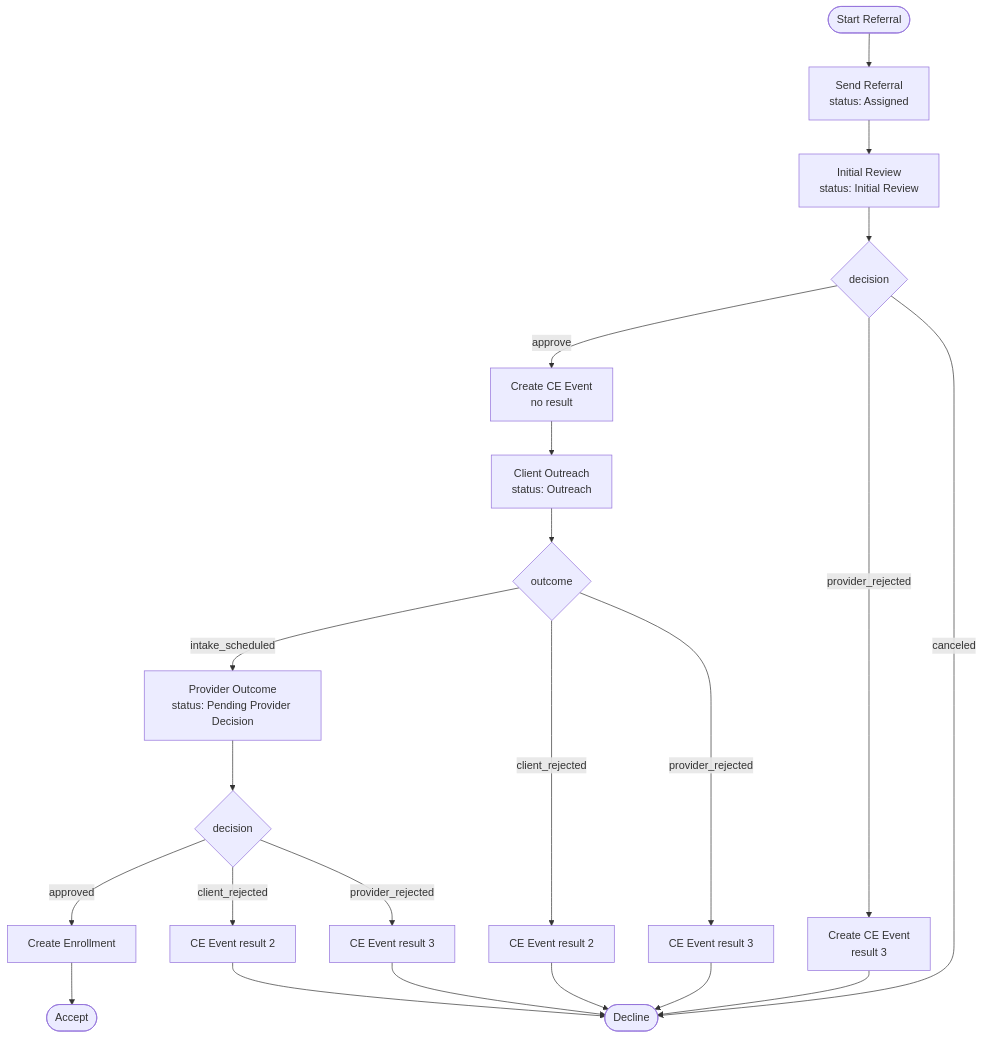
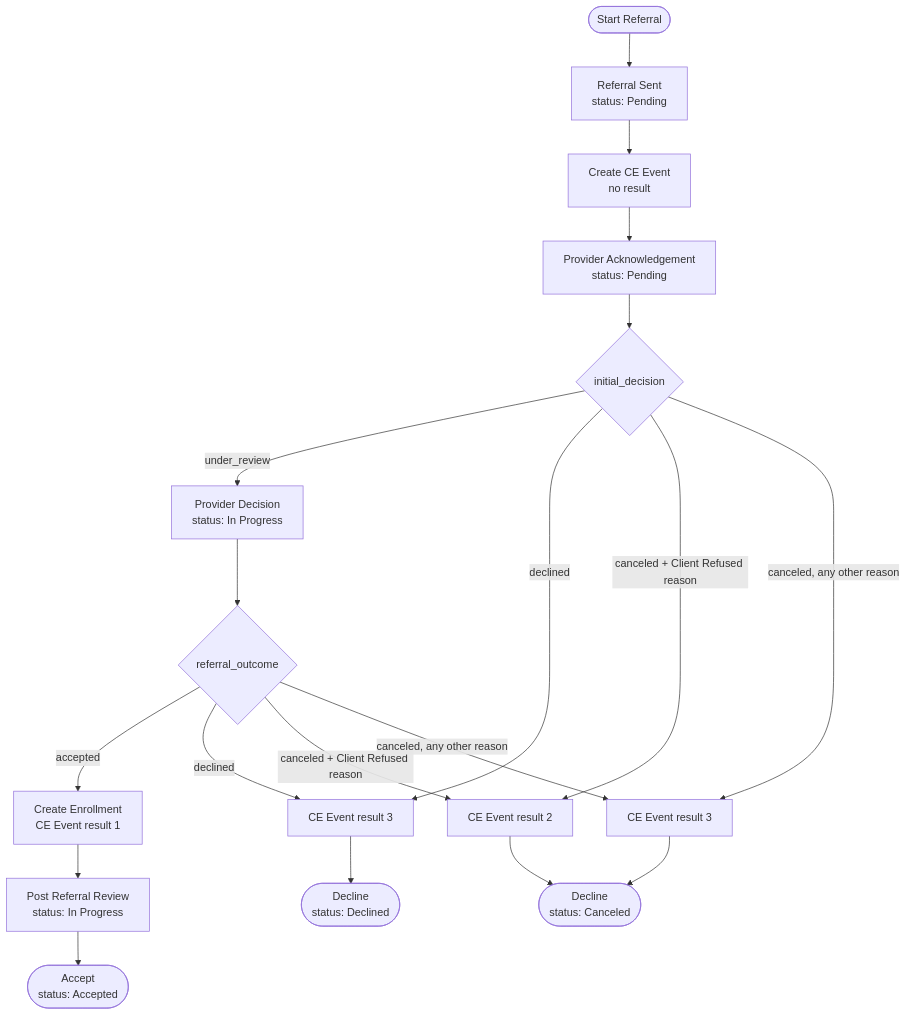
The diagram in drivers/hmis/lib/ce_workflows/az/README_FOR_AZ_CE_WORKFLOWS.md (greenriver/hmis-warehouse), drawn with Mermaid before and after one commit. The commit also changed other lines of this file and 10 other files, not shown here.

````diff
--- a/drivers/hmis/lib/ce_workflows/az/README_FOR_AZ_CE_WORKFLOWS.md
+++ b/drivers/hmis/lib/ce_workflows/az/README_FOR_AZ_CE_WORKFLOWS.md
@@ -36,24 +45,21 @@
 ```mermaid
 flowchart TD
-  start(["Start Referral"]) --> send["Send Referral\nstatus: Assigned"]
-  send --> review["Initial Review\nstatus: Initial Review"]
-  review --> gw2{"decision"}
-  gw2 -->|"approve"| createEvt["Create CE Event\nno result"]
-  gw2 -->|"provider_rejected"| createEvtDenied["Create CE Event\nresult 3"]
-  gw2 -->|"canceled"| decline(["Decline"])
-  createEvtDenied --> decline
-  createEvt --> outreach["Client Outreach\nstatus: Outreach"]
-  outreach --> gw3{"outcome"}
-  gw3 -->|"intake_scheduled"| providerOut["Provider Outcome\nstatus: Pending Provider Decision"]
-  gw3 -->|"client_rejected"| setRes2["CE Event result 2"]
-  gw3 -->|"provider_rejected"| setRes3["CE Event result 3"]
-  setRes2 --> decline
-  setRes3 --> decline
-  providerOut --> gw4{"decision"}
-  gw4 -->|"approved"| enroll["Create Enrollment"]
-  gw4 -->|"client_rejected"| setRes2b["CE Event result 2"]
-  gw4 -->|"provider_rejected"| setRes3b["CE Event result 3"]
-  enroll --> accept(["Accept"])
-  setRes2b --> decline
-  setRes3b --> decline
+  start(["Start Referral"]) --> send["Referral Sent<br/>status: Pending"]
+  send --> createEvt["Create CE Event<br/>no result"]
+  createEvt --> ack["Provider Acknowledgement<br/>status: Pending"]
+  ack --> gwAck{"initial_decision"}
+  gwAck -->|"under_review"| decision["Provider Decision<br/>status: In Progress"]
+  gwAck -->|"declined"| setRes3["CE Event result 3"]
+  gwAck -->|"canceled + Client Refused reason"| setRes2["CE Event result 2"]
+  gwAck -->|"canceled, any other reason"| setRes3c["CE Event result 3"]
+  decision --> gwDec{"referral_outcome"}
+  gwDec -->|"accepted"| enroll["Create Enrollment<br/>CE Event result 1"]
+  gwDec -->|"declined"| setRes3
+  gwDec -->|"canceled + Client Refused reason"| setRes2
+  gwDec -->|"canceled, any other reason"| setRes3c
+  enroll --> post["Post Referral Review<br/>status: In Progress"]
+  post --> accept(["Accept<br/>status: Accepted"])
+  setRes3 --> declined(["Decline<br/>status: Declined"])
+  setRes2 --> canceled(["Decline<br/>status: Canceled"])
+  setRes3c --> canceled
 ```
````
